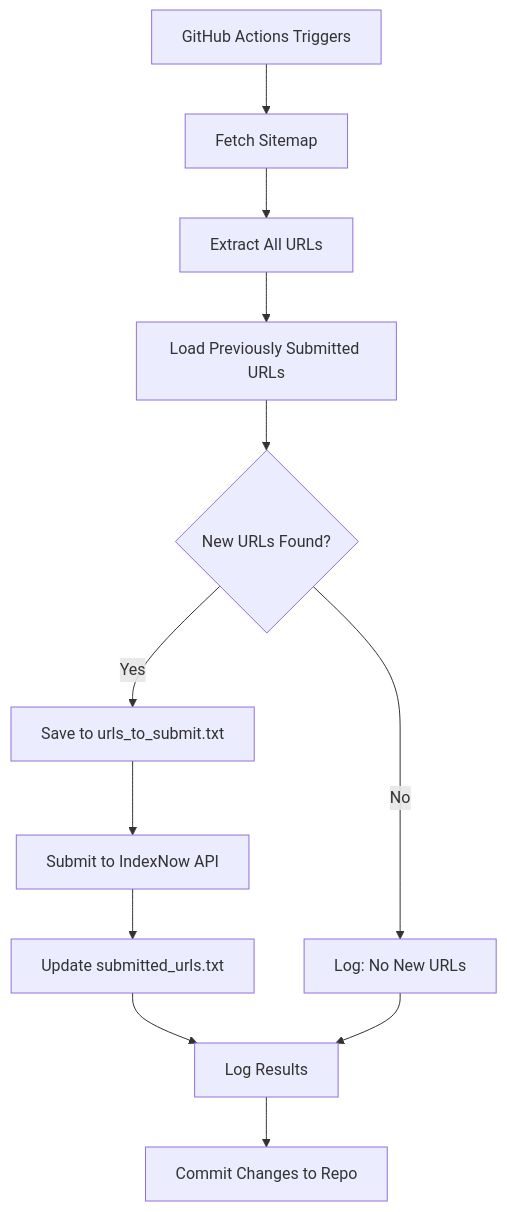
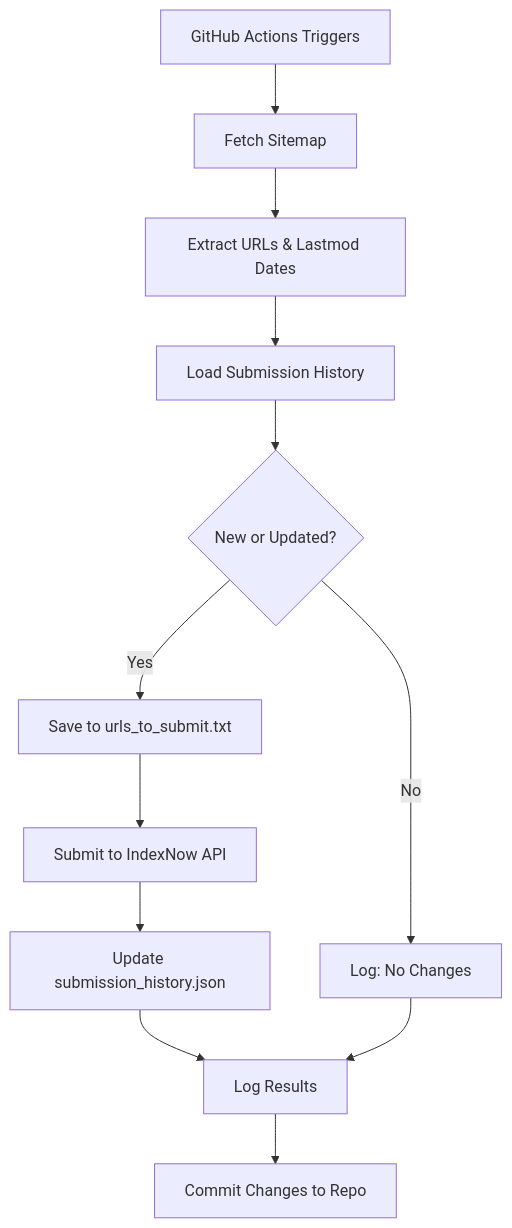
The diagram in README.md (gavirubihan/indexnow-github-actions), drawn with Mermaid before and after one commit. The commit also changed other lines of this file and 1 other file, not shown here.

Commit message:
feat: Implement URL submission history with lastmod date tracking and enhanced logging.

````diff
--- a/README.md
+++ b/README.md
@@ -202,14 +204,14 @@
 ```mermaid
 graph TD
     A[GitHub Actions Triggers] --> B[Fetch Sitemap]
-    B --> C[Extract All URLs]
-    C --> D[Load Previously Submitted URLs]
-    D --> E{New URLs Found?}
+    B --> C[Extract URLs & Lastmod Dates]
+    C --> D[Load Submission History]
+    D --> E{New or Updated?}
     E -->|Yes| F[Save to urls_to_submit.txt]
-    E -->|No| G[Log: No New URLs]
+    E -->|No| G[Log: No Changes]
     F --> H[Submit to IndexNow API]
-    H --> I[Update submitted_urls.txt]
+    H --> I[Update submission_history.json]
     I --> J[Log Results]
     G --> J
     J --> K[Commit Changes to Repo]
 ```
````
